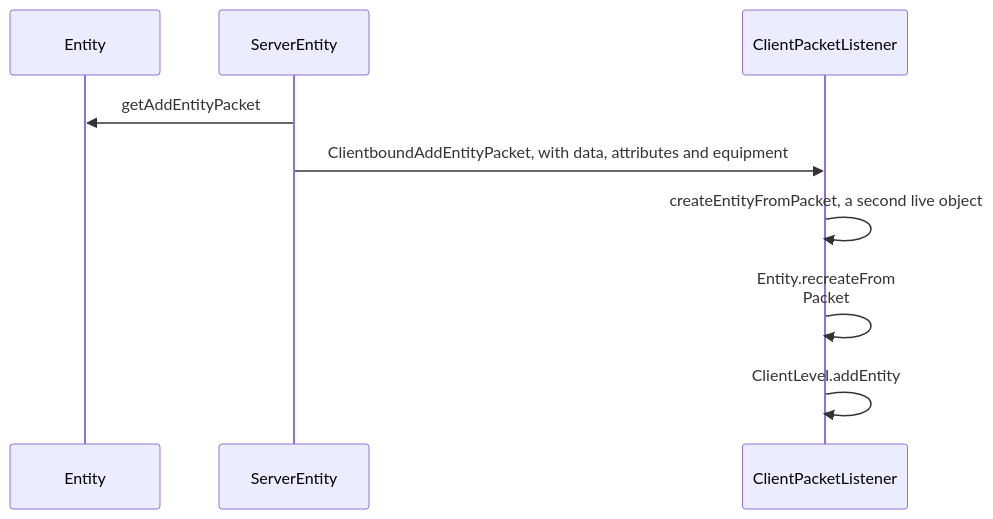
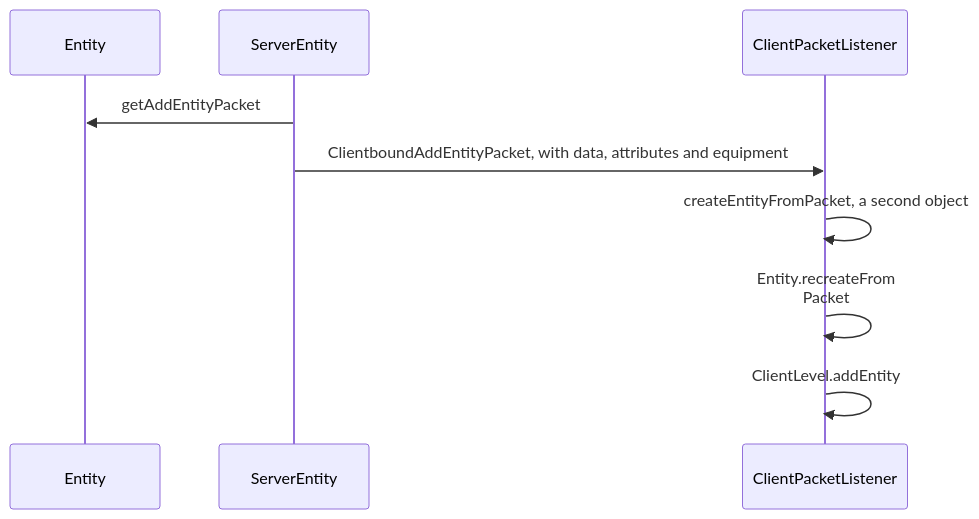
One commit to AlexanderjFraser/MinecraftDocs changed the third of 3 diagrams in src/systems/entities/entity-anatomy.md. Above: the diagram before and after it, drawn with Mermaid. The commit also changed other lines of this file and 21 other files, not shown here.

````diff
--- a/src/systems/entities/entity-anatomy.md
+++ b/src/systems/entities/entity-anatomy.md
@@ -283,12 +284,12 @@
 ```mermaid
 sequenceDiagram
     participant Entity as Entity
     participant SE as ServerEntity
     participant CPL as ClientPacketListener
 
     SE->>Entity: getAddEntityPacket
     SE->>CPL: ClientboundAddEntityPacket, with data, attributes and equipment
-    CPL->>CPL: createEntityFromPacket, a second live object
+    CPL->>CPL: createEntityFromPacket, a second object
     CPL->>CPL: Entity.recreateFrom<br/>Packet
     CPL->>CPL: ClientLevel.addEntity
 ```
````
